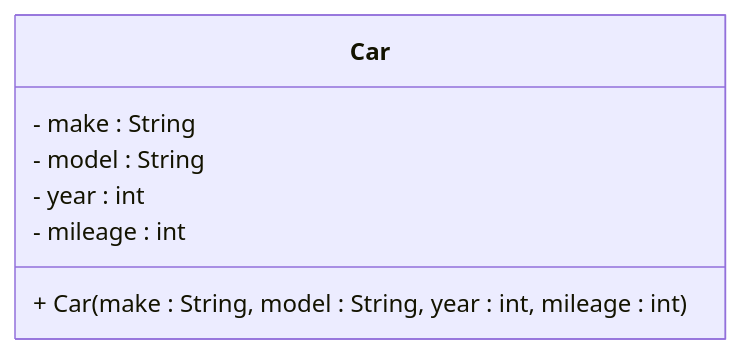
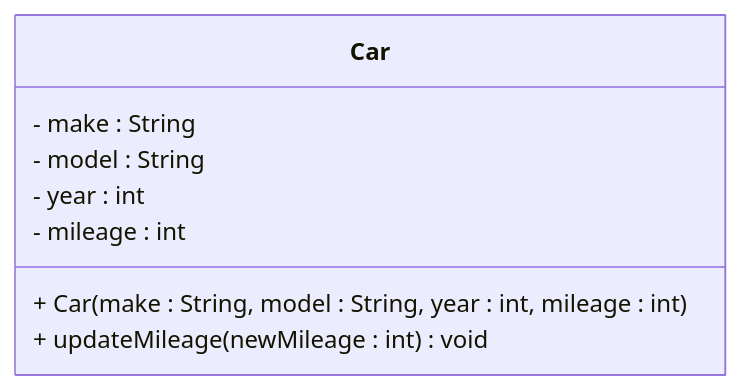
One commit to TroelsMortensen/Codelabs2 changed the diagram in Articles/Session 9 Inherit from Object/006 Exercise - Car.md. Above: the diagram before and after it, drawn with Mermaid. The commit also changed other lines of this file and 2 other files, not shown here.

````diff
--- a/Articles/Session 9 Inherit from Object/006 Exercise - Car.md
+++ b/Articles/Session 9 Inherit from Object/006 Exercise - Car.md
@@ -16,10 +16,11 @@
 ```mermaid
 classDiagram
     class Car {
         - make : String
         - model : String
         - year : int
         - mileage : int
         + Car(make : String, model : String, year : int, mileage : int)
+        + updateMileage(newMileage : int) void
     }
 ```
````
